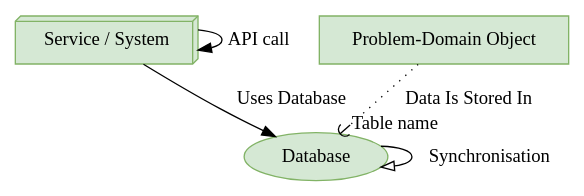
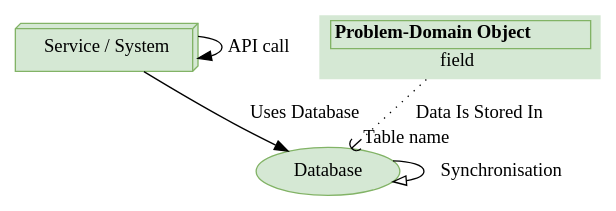
Before and after one commit to DFE-Digital/bat-data-maps: the diagram in src/key.dot, drawn with Graphviz. The commit also changed 1 other file, not shown here.

Commit message:
Clearer formatting of logical objects, to make the name of the object distinct from its parts

```diff
--- a/src/key.dot
+++ b/src/key.dot
@@ -1,10 +1,12 @@
 digraph "DfE Key" {
         "service" [ label = "Service / System"; shape = box3d; fillcolor="#d5e8d4", style=filled, color="#82b366" ];
         "database" [ label = "Database"; shape = oval; fillcolor="#d5e8d4", style=filled, color="#82b366" ];
-        "object" [ label = "Problem-Domain Object"; shape = record; fillcolor="#d5e8d4", style=filled, color="#82b366" ];
+        "object" [ label =
+                  <<table border="0" cellborder="0" cellspacing="0"><tr><td port="root" border="1"><b>Problem-Domain Object</b></td></tr><tr><td>field</td></tr></table>>
+                  shape = none; fillcolor="#d5e8d4", style=filled, color="#82b366" ];
 
         "service" -> "service" [ label = "API call"; arrowhead = normal; ]
         "service" -> "database" [ label = "Uses Database"; ]
         "database" -> "database" [ label = "Synchronisation"; arrowhead = onormal; ]
         "object" -> "database" [ label = "Data Is Stored In" headlabel="Table name"; arrowhead = curve; style = dotted; ]
 }
```
